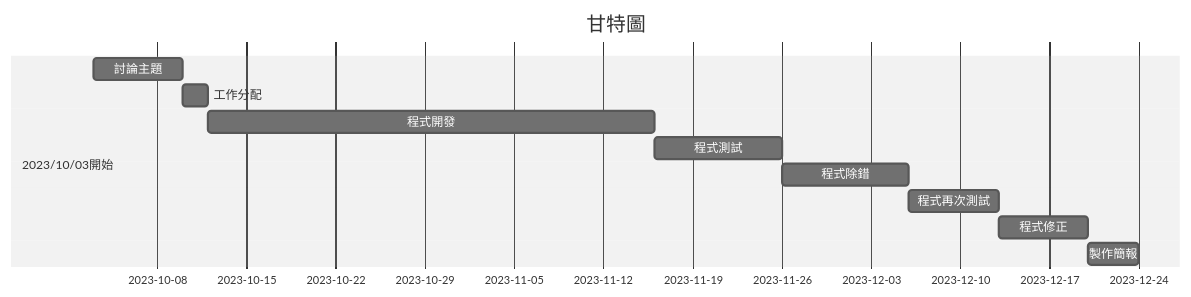
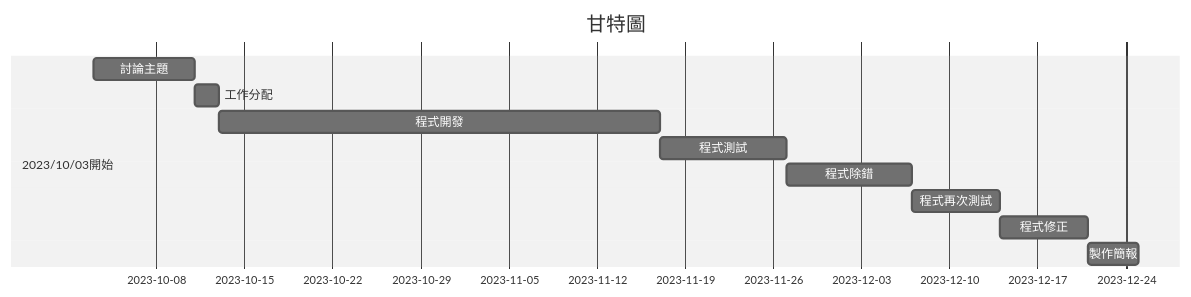
Before and after one commit to MYZ527/system_analysis_team11: the diagram in README.md, drawn with Mermaid (neutral theme).

````diff
--- a/README.md
+++ b/README.md
@@ -33,14 +33,14 @@
 ```mermaid
 gantt
     title 甘特圖
 
     section 2023/10/03開始
-    討論主題      :a1, 2023-10-03, 7d
+    討論主題      :a1, 2023-10-03, 8d
     工作分配      :a2,after a1  , 2d
     程式開發      :a3,after a2  , 35d
     程式測試      :a4,after a3  , 10d
     程式除錯      :a5,after a4  , 10d
     程式再次測試      :a6,after a5  , 7d
     程式修正      :a7,after a6  , 7d
     製作簡報      :a8,after a7 , 4d
 ```
````
